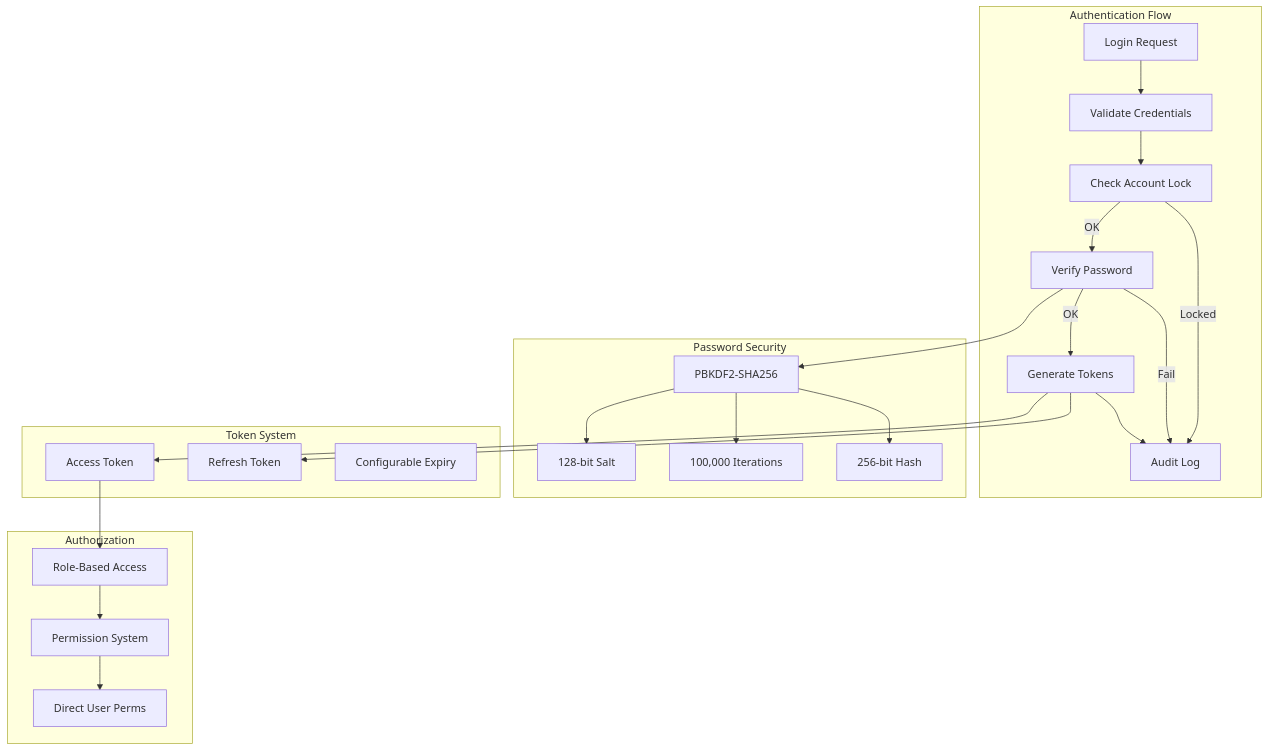
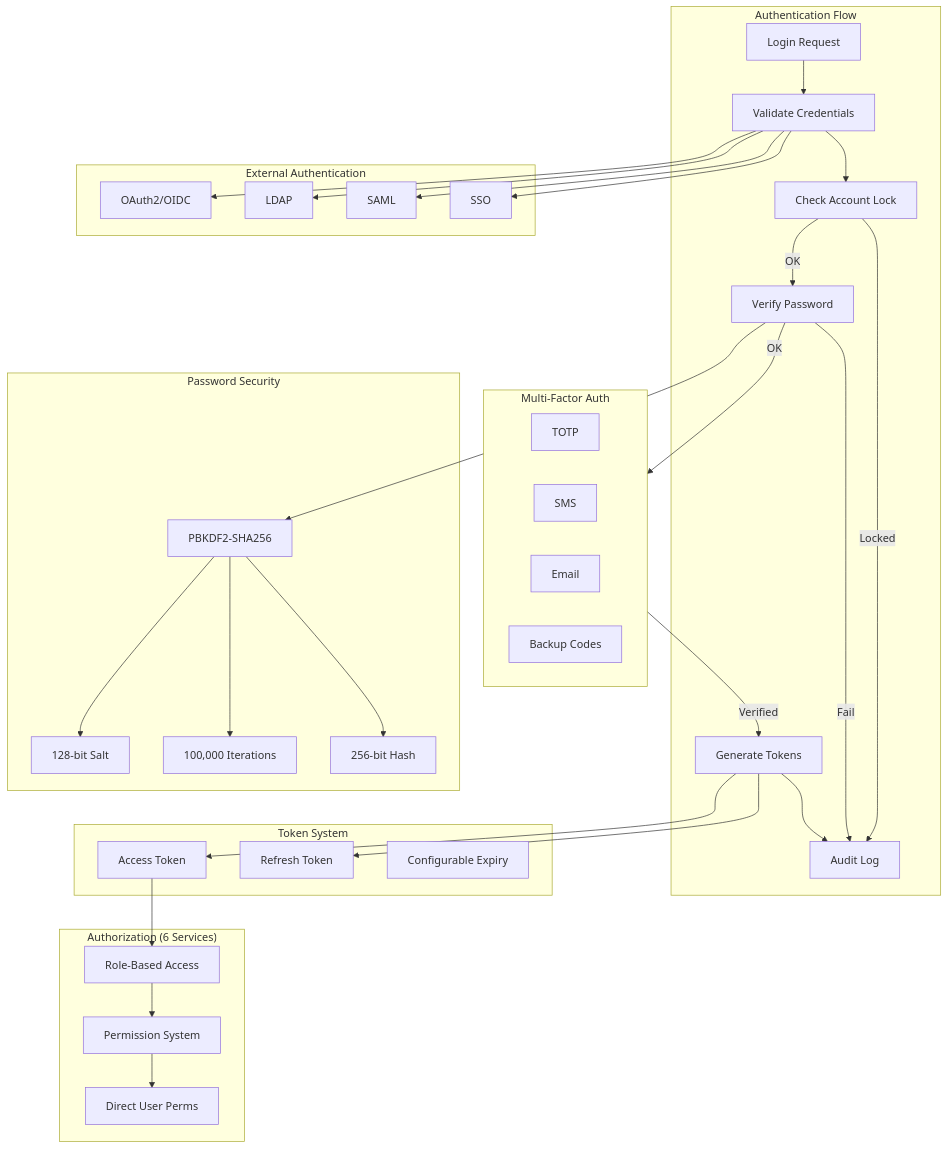
One commit to jrjohn/arcana-windows changed the fifth of 8 diagrams in README.md. Above: the diagram before and after it, drawn with Mermaid. The commit also changed other lines of this file and 914 other files, not shown here.

````diff
--- a/README.md
+++ b/README.md
@@ -539,49 +560,68 @@
 ```mermaid
 flowchart TB
     subgraph AuthFlow["Authentication Flow"]
         Login[Login Request]
         Validate[Validate Credentials]
         CheckLock[Check Account Lock]
         VerifyPwd[Verify Password]
         GenToken[Generate Tokens]
         Audit[Audit Log]
+    end
+
+    subgraph ExternalAuth["External Authentication"]
+        OAuth2[OAuth2/OIDC]
+        LDAP[LDAP]
+        SAML[SAML]
+        SSO[SSO]
+    end
+
+    subgraph MFA["Multi-Factor Auth"]
+        TOTP[TOTP]
+        SMS[SMS]
+        Email[Email]
+        Backup[Backup Codes]
     end
 
     subgraph PasswordSecurity["Password Security"]
         PBKDF2[PBKDF2-SHA256]
         Salt[128-bit Salt]
         Iter[100,000 Iterations]
         Hash[256-bit Hash]
     end
 
     subgraph TokenSystem["Token System"]
         Access[Access Token]
         Refresh[Refresh Token]
         Expiry[Configurable Expiry]
     end
 
-    subgraph Authorization["Authorization"]
+    subgraph Authorization["Authorization (6 Services)"]
         RBAC[Role-Based Access]
         Perms[Permission System]
         Direct[Direct User Perms]
     end
 
     Login --> Validate
     Validate --> CheckLock
+    Validate --> OAuth2
+    Validate --> LDAP
+    Validate --> SAML
+    Validate --> SSO
     CheckLock -->|Locked| Audit
     CheckLock -->|OK| VerifyPwd
     VerifyPwd -->|Fail| Audit
-    VerifyPwd -->|OK| GenToken
+    VerifyPwd -->|OK| MFA
+    MFA -->|Verified| GenToken
     GenToken --> Access
     GenToken --> Refresh
     GenToken --> Audit
 
     VerifyPwd --> PBKDF2
     PBKDF2 --> Salt
     PBKDF2 --> Iter
     PBKDF2 --> Hash
 
     Access --> RBAC
     RBAC --> Perms
     Perms --> Direct
 ```
````
